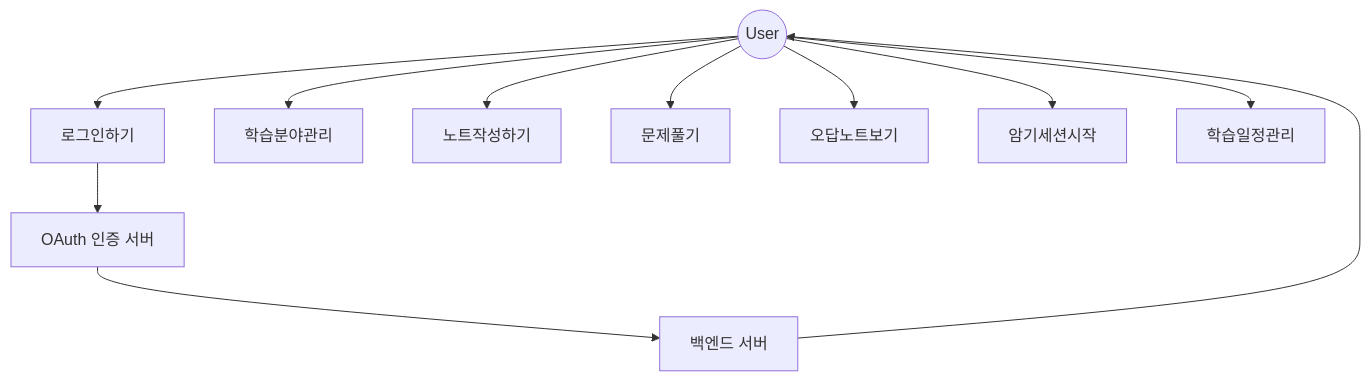
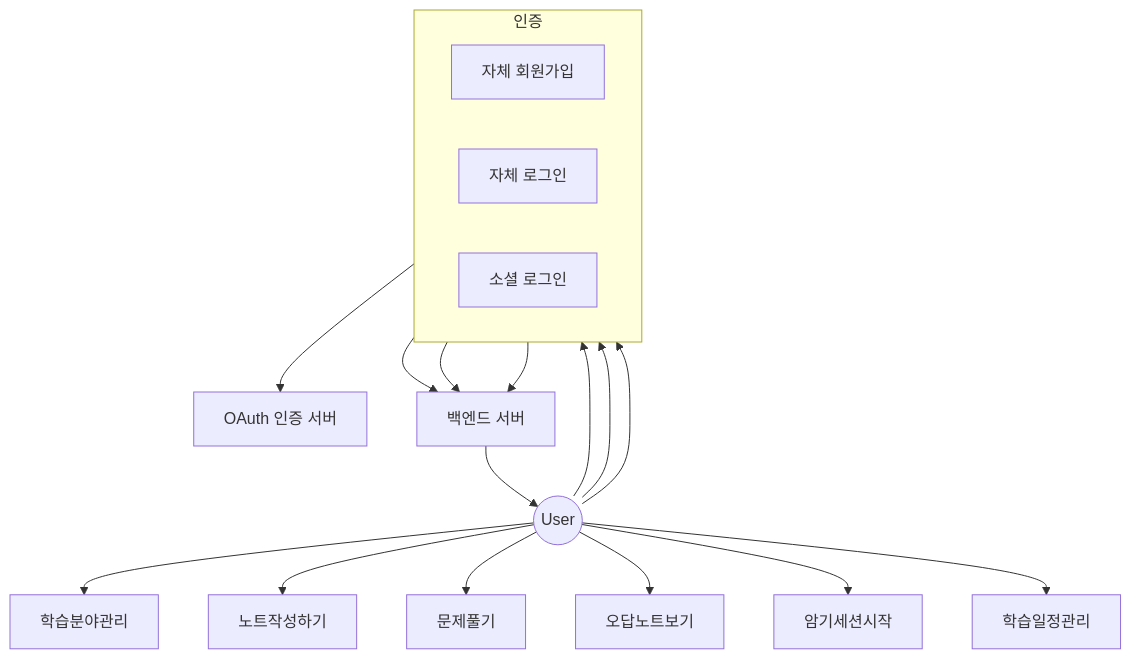
The diagram in studytrack-wiki/planning/use_cases_from_spec.md (joje3029/StudyTrack), drawn with Mermaid before and after one commit. The commit also changed other lines of this file and 3 other files, not shown here.

````diff
--- a/studytrack-wiki/planning/use_cases_from_spec.md
+++ b/studytrack-wiki/planning/use_cases_from_spec.md
@@ -7,16 +7,25 @@
 ```mermaid
 graph TD
   사용자((User))
 
-  사용자 --> 로그인하기
+  subgraph 인증
+    direction LR
+    A[자체 회원가입]
+    B[자체 로그인]
+    C[소셜 로그인]
+  end
+
+  사용자 --> A
+  사용자 --> B
+  사용자 --> C
   사용자 --> 학습분야관리
   사용자 --> 노트작성하기
   사용자 --> 문제풀기
   사용자 --> 오답노트보기
   사용자 --> 암기세션시작
   사용자 --> 학습일정관리
 
-  로그인하기 --> 소셜서버[OAuth 인증 서버]
-  소셜서버 --> 백엔드[백엔드 서버]
+  C --> 소셜서버[OAuth 인증 서버]
+  A & B & C --> 백엔드[백엔드 서버]
   백엔드 --> 사용자
 ```
````
